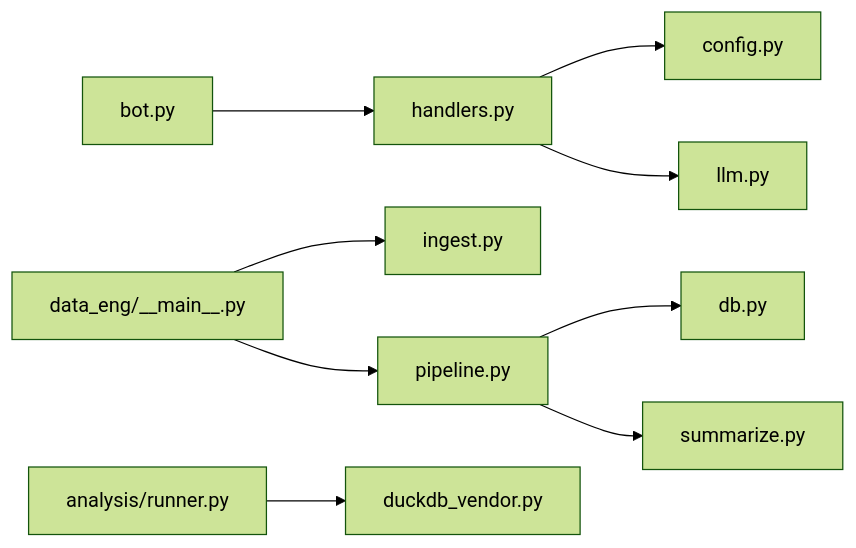
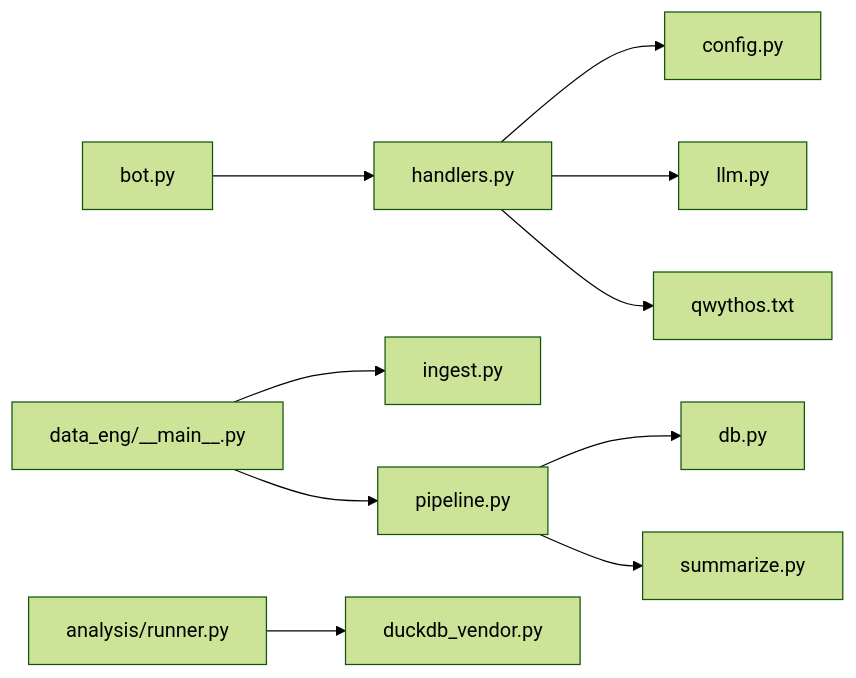
The fourth of 4 diagrams in .qoder/repowiki/en/content/Core Components/Data Engineering Module/News Summary System.md (ZengSeng/telegram-bot), drawn with Mermaid (forest theme) before and after one commit. The commit also changed other lines of this file and 9 other files, not shown here.

````diff
--- a/.qoder/repowiki/en/content/Core Components/Data Engineering Module/News Summary System.md
+++ b/.qoder/repowiki/en/content/Core Components/Data Engineering Module/News Summary System.md
@@ -294,11 +351,12 @@
 ```mermaid
 graph LR
 BOT["bot.py"] --> HND["handlers.py"]
 HND --> CFG["config.py"]
 HND --> LLM["llm.py"]
+HND --> QWY["qwythos.txt"]
 MAIN["data_eng/__main__.py"] --> ING["ingest.py"]
 MAIN --> PIPE["pipeline.py"]
 PIPE --> DB["db.py"]
 PIPE --> SUMM["summarize.py"]
 RUN["analysis/runner.py"] --> DUCK["duckdb_vendor.py"]
 ```
````
